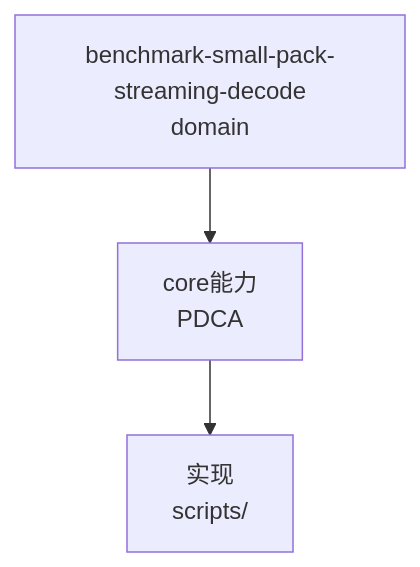
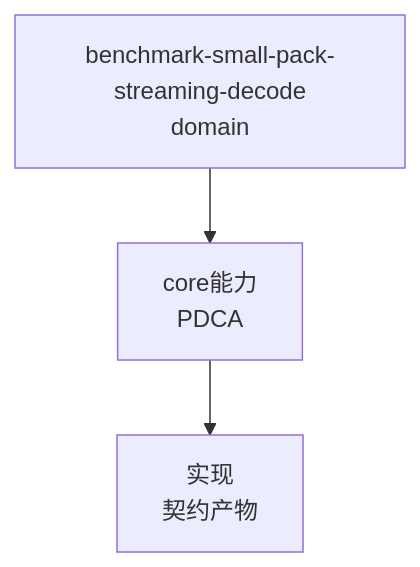
One commit to MyBlackHole/pdca-workflow changed the diagram in ontology/domain/core/benchmark-small-pack-streaming-decode.md. Above: the diagram before and after it, drawn with Mermaid. The commit also changed other lines of this file and 8256 other files, not shown here.

````diff
--- a/ontology/domain/core/benchmark-small-pack-streaming-decode.md
+++ b/ontology/domain/core/benchmark-small-pack-streaming-decode.md
@@ -48,6 +60,6 @@
 ```mermaid
 graph TD
     A[benchmark-small-pack-streaming-decode<br/>domain] --> B[core能力<br/>PDCA]
-    B --> C[实现<br/>scripts/]
-    %% Source: ontology/domain/benchmark-small-pack-streaming-decode.md:1 + ontology/concept/ontology-fidelity-criterion.md:1
+    B --> C[实现<br/>契约产物]
+    %% Source: ontology/domain/core/benchmark-small-pack-streaming-decode.md:1 + ontology/concept/ontology-fidelity-criterion.md:1
 ```
````
